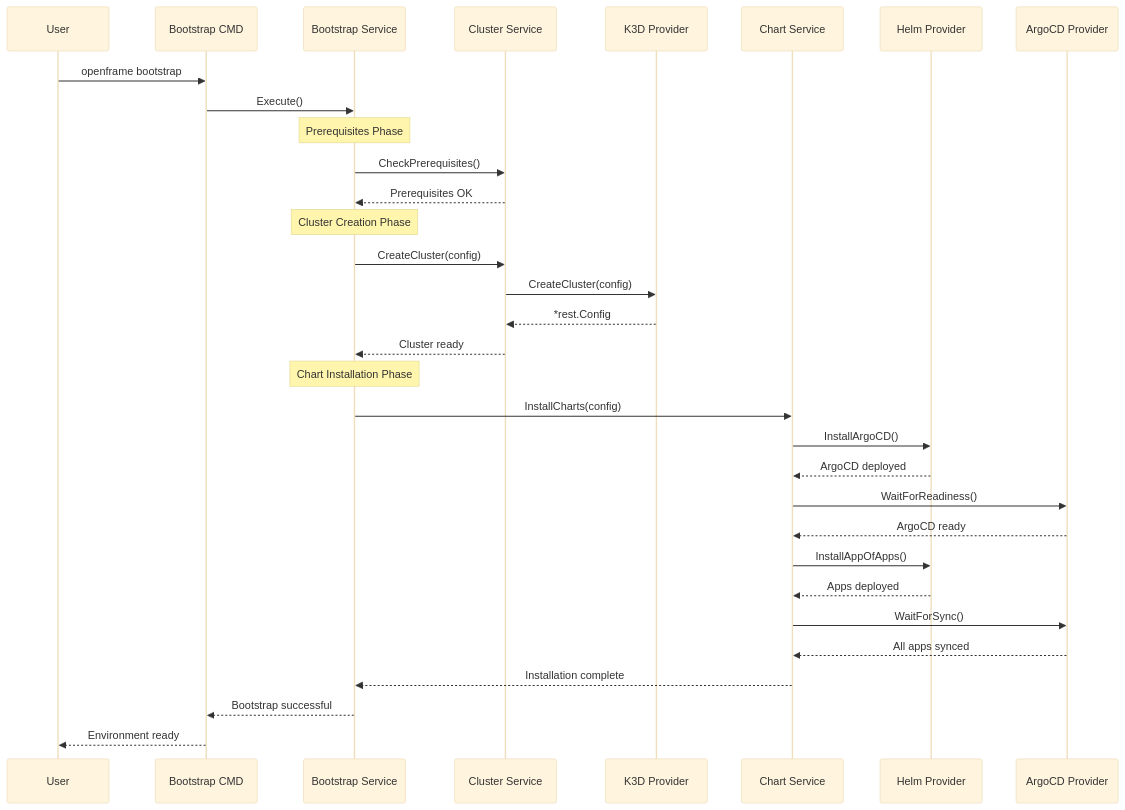
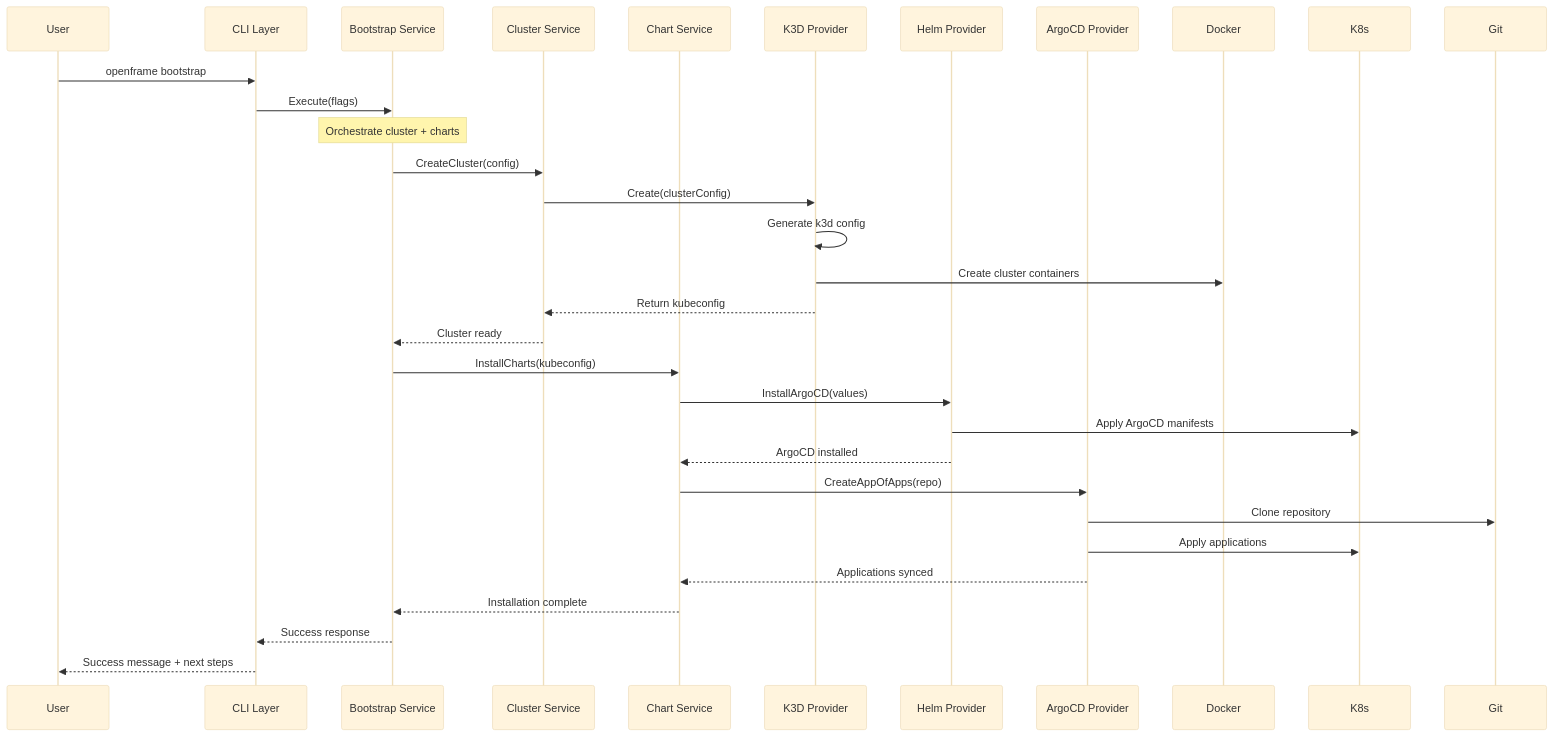
The fifth of 7 diagrams in docs/development/architecture/README.md (Praesto-Pro/openframe-cli), drawn with Mermaid (base theme) before and after one commit. The commit also changed other lines of this file and 22 other files, not shown here.

````diff
--- a/docs/development/architecture/README.md
+++ b/docs/development/architecture/README.md
@@ -263,39 +246,37 @@
 ```mermaid
 sequenceDiagram
-    participant U as User
-    participant CLI as Bootstrap CMD
-    participant BS as Bootstrap Service
-    participant CS as Cluster Service
+    participant User
+    participant CLI as CLI Layer
+    participant Bootstrap as Bootstrap Service
+    participant Cluster as Cluster Service
+    participant Chart as Chart Service
     participant K3D as K3D Provider
-    participant ChS as Chart Service
     participant Helm as Helm Provider
     participant ArgoCD as ArgoCD Provider
     
-    U->>CLI: openframe bootstrap
-    CLI->>BS: Execute()
+    User->>CLI: openframe bootstrap
+    CLI->>Bootstrap: Execute(flags)
     
-    Note over BS: Prerequisites Phase
-    BS->>CS: CheckPrerequisites()
-    CS-->>BS: Prerequisites OK
+    Note over Bootstrap: Orchestrate cluster + charts
     
-    Note over BS: Cluster Creation Phase  
-    BS->>CS: CreateCluster(config)
-    CS->>K3D: CreateCluster(config)
-    K3D-->>CS: *rest.Config
-    CS-->>BS: Cluster ready
+    Bootstrap->>Cluster: CreateCluster(config)
+    Cluster->>K3D: Create(clusterConfig)
+    K3D->>K3D: Generate k3d config
+    K3D->>Docker: Create cluster containers
+    K3D-->>Cluster: Return kubeconfig
+    Cluster-->>Bootstrap: Cluster ready
     
-    Note over BS: Chart Installation Phase
-    BS->>ChS: InstallCharts(config)
-    ChS->>Helm: InstallArgoCD()
-    Helm-->>ChS: ArgoCD deployed
-    ChS->>ArgoCD: WaitForReadiness()
-    ArgoCD-->>ChS: ArgoCD ready
-    ChS->>Helm: InstallAppOfApps()
-    Helm-->>ChS: Apps deployed
-    ChS->>ArgoCD: WaitForSync()
-    ArgoCD-->>ChS: All apps synced
-    ChS-->>BS: Installation complete
+    Bootstrap->>Chart: InstallCharts(kubeconfig)
+    Chart->>Helm: InstallArgoCD(values)
+    Helm->>K8s: Apply ArgoCD manifests
+    Helm-->>Chart: ArgoCD installed
     
-    BS-->>CLI: Bootstrap successful
-    CLI-->>U: Environment ready
+    Chart->>ArgoCD: CreateAppOfApps(repo)
+    ArgoCD->>Git: Clone repository
+    ArgoCD->>K8s: Apply applications
+    ArgoCD-->>Chart: Applications synced
+    
+    Chart-->>Bootstrap: Installation complete
+    Bootstrap-->>CLI: Success response
+    CLI-->>User: Success message + next steps
 ```
````
